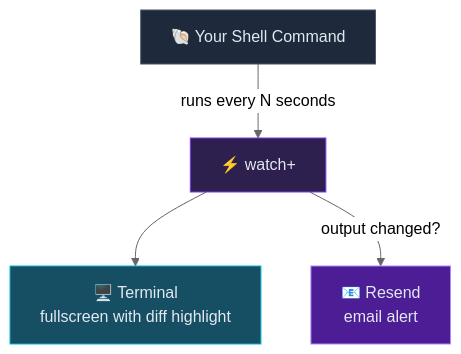
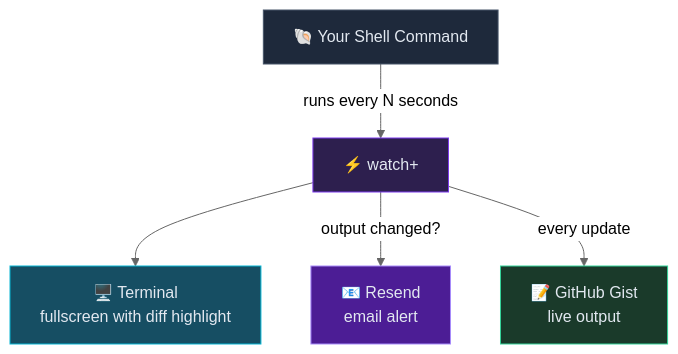
One commit to timothyandrew/watch-plus changed the first of 2 diagrams in README.md. Above: the diagram before and after it, drawn with Mermaid (neutral theme). The commit also changed other lines of this file, not shown here.

Commit message:
Update README with Gist output, email queuing, and architecture changes

````diff
--- a/README.md
+++ b/README.md
@@ -22,11 +22,13 @@
 ```mermaid
 flowchart TD
     Command["🐚 Your Shell Command"] -->|runs every N seconds| WatchPlus["⚡ watch+"]
     WatchPlus --> Terminal["🖥️ Terminal<br/>fullscreen with diff highlight"]
     WatchPlus -->|output changed?| Email["📧 Resend<br/>email alert"]
+    WatchPlus -->|every update| Gist["📝 GitHub Gist<br/>live output"]
 
     style Command fill:#1e293b,stroke:#475569,color:#e2e8f0
     style WatchPlus fill:#2d1f4e,stroke:#7c3aed,color:#e2e8f0
     style Terminal fill:#164e63,stroke:#06b6d4,color:#e2e8f0
     style Email fill:#4c1d95,stroke:#a78bfa,color:#e2e8f0
+    style Gist fill:#1a3a2a,stroke:#34d399,color:#e2e8f0
 ```
````
